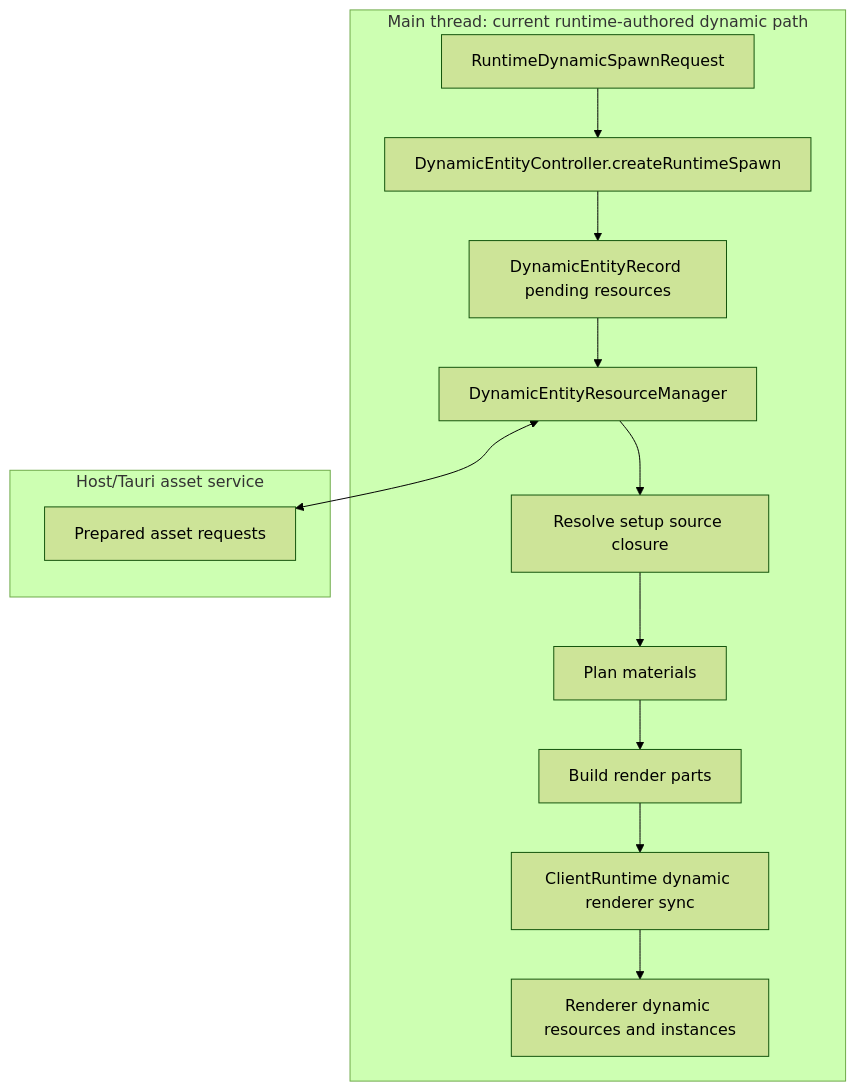
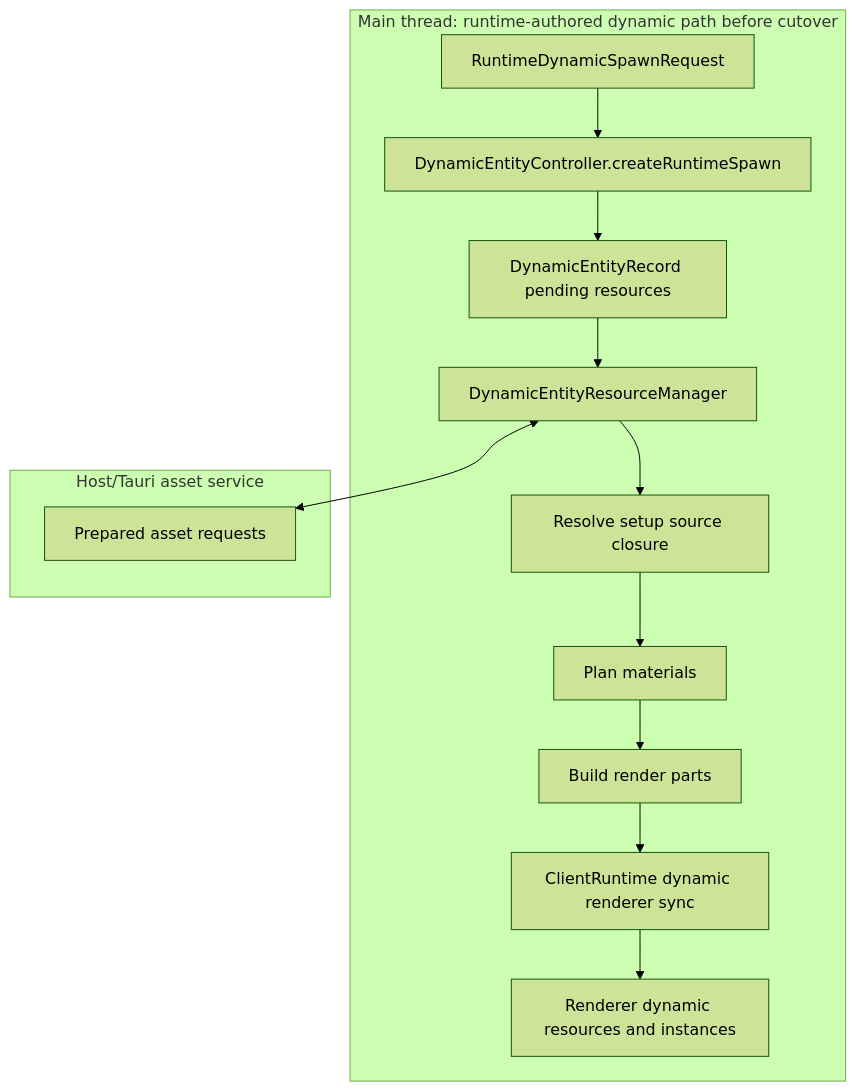
One commit to merklejerk/holtburger changed the third of 6 diagrams in docs/plans/holtburger-3d-isomorphic-dynamic-prep-scoping.md. Above: the diagram before and after it, drawn with Mermaid (forest theme). The commit also changed other lines of this file, not shown here.

Commit message:
Document dynamic prep cutover validation

````diff
--- a/docs/plans/holtburger-3d-isomorphic-dynamic-prep-scoping.md
+++ b/docs/plans/holtburger-3d-isomorphic-dynamic-prep-scoping.md
@@ -288,25 +303,25 @@
 ```mermaid
 flowchart TD
-    subgraph Main["Main thread: current runtime-authored dynamic path"]
+    subgraph Main["Main thread: runtime-authored dynamic path before cutover"]
         Spawn[RuntimeDynamicSpawnRequest]
         Controller[DynamicEntityController.createRuntimeSpawn]
         Record[DynamicEntityRecord pending resources]
         ResourceManager[DynamicEntityResourceManager]
         Closure[Resolve setup source closure]
         Materials[Plan materials]
         Parts[Build render parts]
         RuntimeSync[ClientRuntime dynamic renderer sync]
         Renderer[Renderer dynamic resources and instances]
     end
 
     subgraph Host["Host/Tauri asset service"]
         Assets[Prepared asset requests]
     end
 
     Spawn --> Controller
     Controller --> Record
     Record --> ResourceManager
     ResourceManager <--> Assets
     ResourceManager --> Closure --> Materials --> Parts
     Parts --> RuntimeSync --> Renderer
 ```
````
